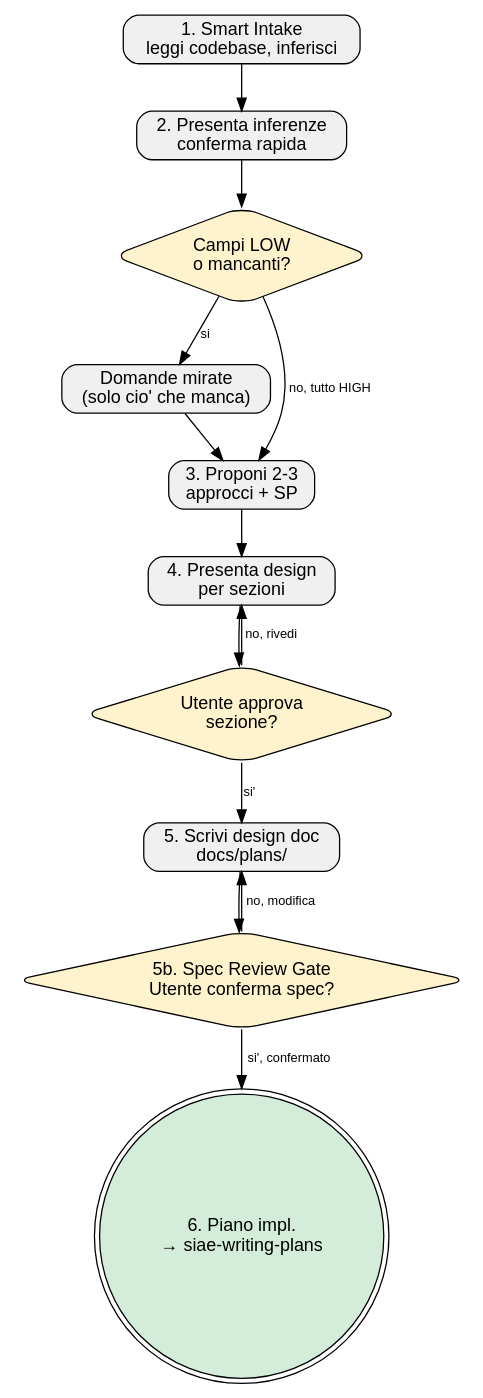
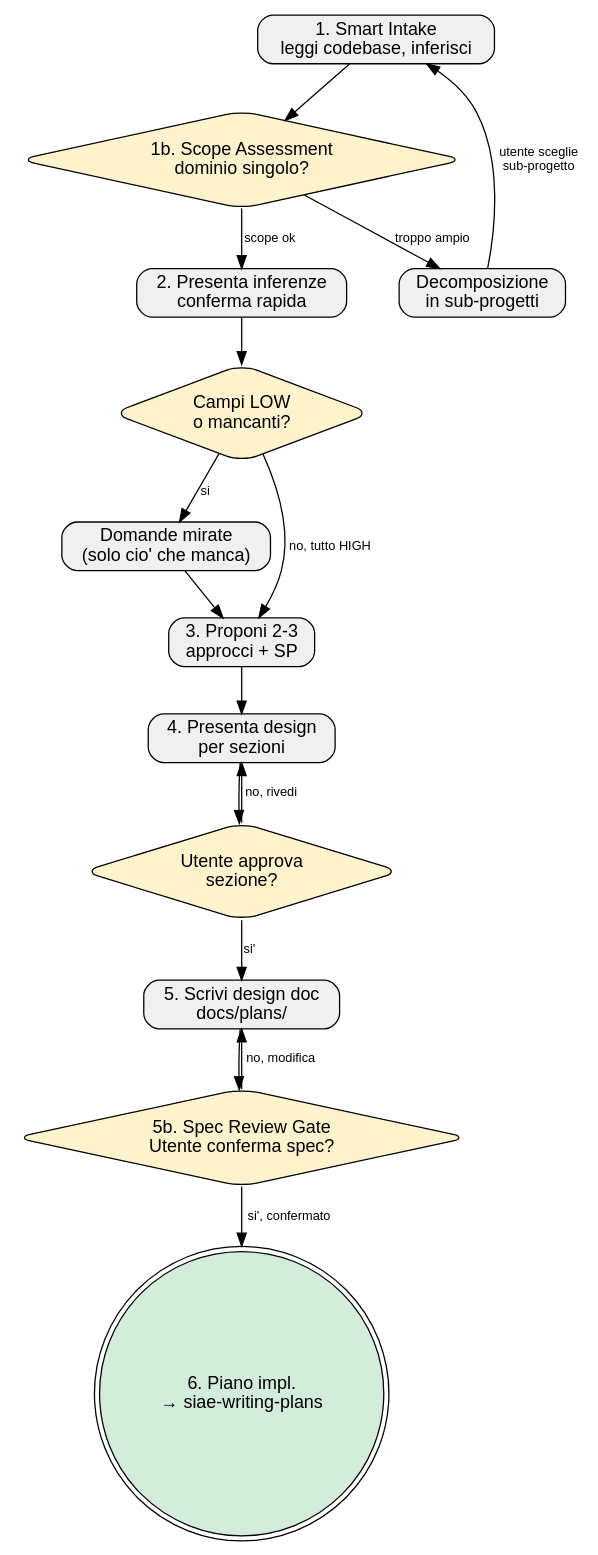
One commit to itsiae/siae-dev-forge changed the diagram in skills/siae-brainstorming/SKILL.md. Above: the diagram before and after it, drawn with Graphviz. The commit also changed other lines of this file and 4 other files, not shown here.

First line of the commit message:
feat(skills): add fresh-eyes review, reviewer calibration, scope assessment

````diff
--- a/skills/siae-brainstorming/SKILL.md
+++ b/skills/siae-brainstorming/SKILL.md
@@ -218,31 +250,36 @@
 ```dot
 digraph brainstorming {
     rankdir=TB;
     node [shape=box, style="rounded,filled", fillcolor="#f0f0f0", fontname="Helvetica"];
     edge [fontname="Helvetica", fontsize=10];
 
     intake [label="1. Smart Intake\nleggi codebase, inferisci"];
+    scope [label="1b. Scope Assessment\ndominio singolo?", shape=diamond, fillcolor="#fff3cd"];
+    decompose [label="Decomposizione\nin sub-progetti"];
     confirm [label="2. Presenta inferenze\nconferma rapida"];
     need_questions [label="Campi LOW\no mancanti?", shape=diamond, fillcolor="#fff3cd"];
     ask [label="Domande mirate\n(solo cio' che manca)"];
     approaches [label="3. Proponi 2-3\napprocci + SP"];
     design [label="4. Presenta design\nper sezioni"];
     approve [label="Utente approva\nsezione?", shape=diamond, fillcolor="#fff3cd"];
     doc [label="5. Scrivi design doc\ndocs/plans/"];
     spec_gate [label="5b. Spec Review Gate\nUtente conferma spec?", shape=diamond, fillcolor="#fff3cd"];
     transition [label="6. Piano impl.\n→ siae-writing-plans", shape=doublecircle, fillcolor="#d4edda"];
 
-    intake -> confirm;
+    intake -> scope;
+    scope -> decompose [label="troppo ampio"];
+    scope -> confirm [label="scope ok"];
+    decompose -> intake [label="utente sceglie\nsub-progetto"];
     confirm -> need_questions;
     need_questions -> ask [label="si"];
     need_questions -> approaches [label="no, tutto HIGH"];
     ask -> approaches;
     approaches -> design;
     design -> approve;
     approve -> design [label="no, rivedi"];
     approve -> doc [label="si'"];
     doc -> spec_gate;
     spec_gate -> doc [label="no, modifica"];
     spec_gate -> transition [label="si', confermato"];
 }
 ```
````
